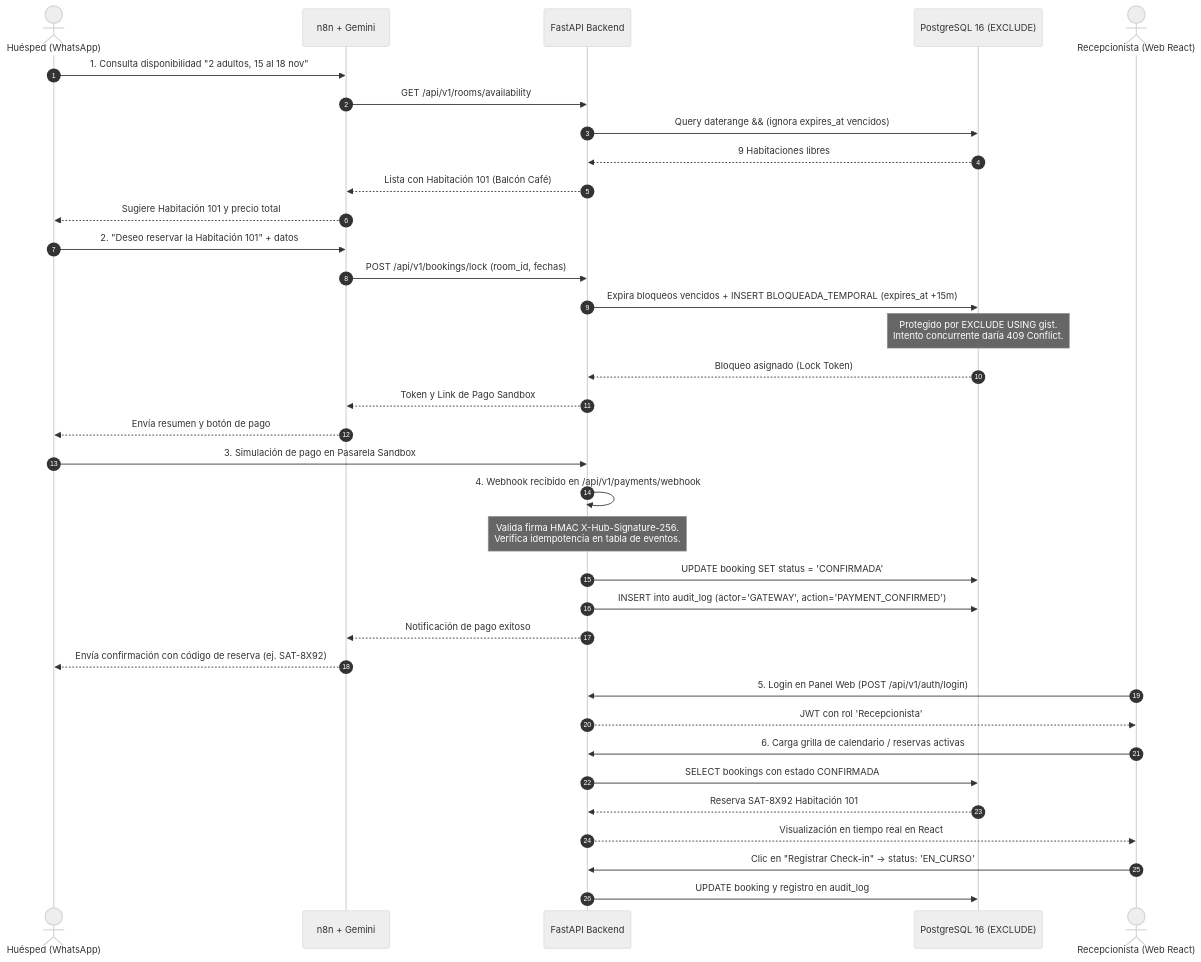
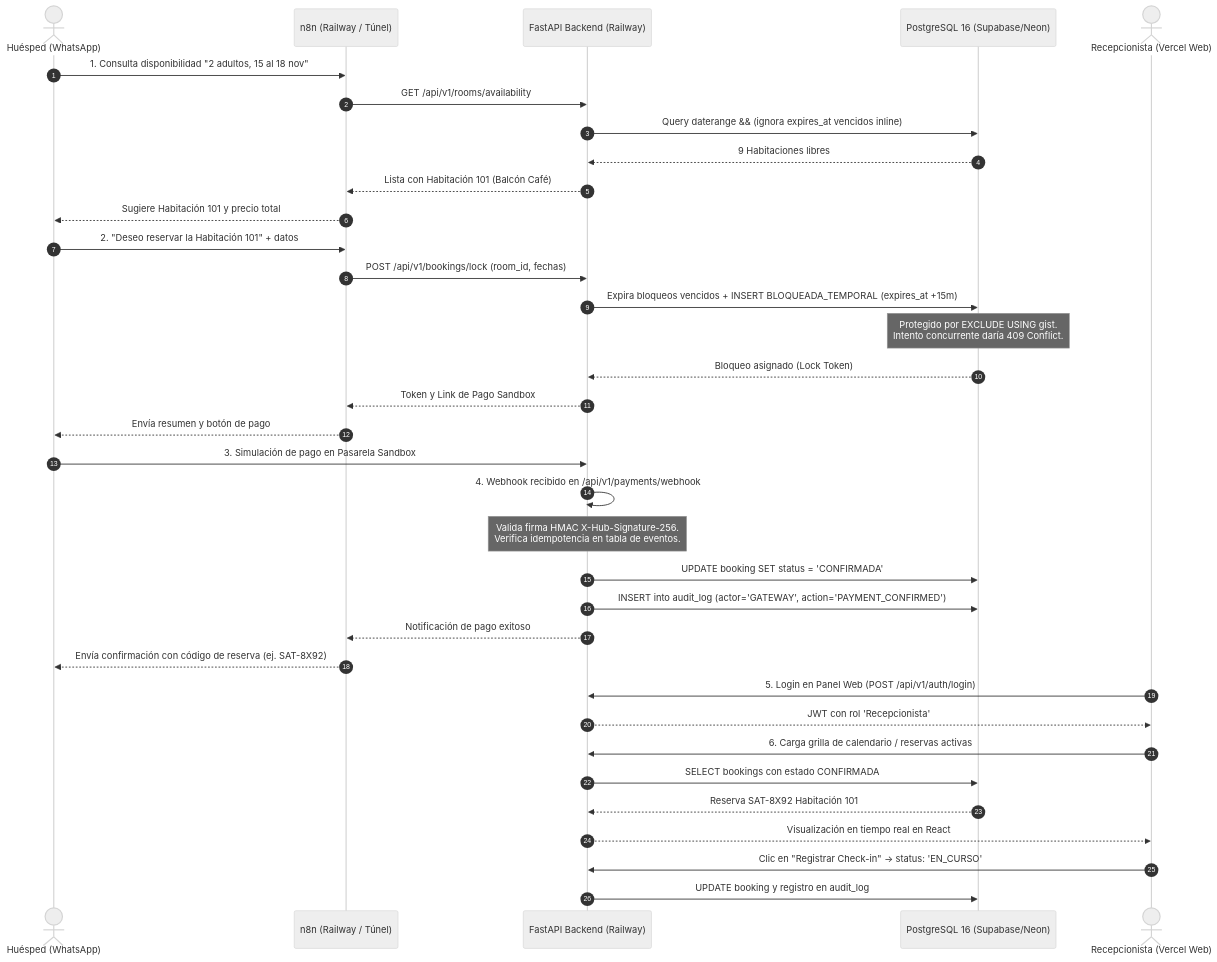
Before and after one commit to JuanJarias/SatoriPMS: the diagram in docs/audit/05-plan-migracion.md, drawn with Mermaid (neutral theme). The commit also changed other lines of this file and 2 other files, not shown here.

````diff
--- a/docs/audit/05-plan-migracion.md
+++ b/docs/audit/05-plan-migracion.md
@@ -150,41 +169,41 @@
 ```mermaid
 sequenceDiagram
     autonumber
     actor H as Huésped (WhatsApp)
-    participant N as n8n + Gemini
-    participant API as FastAPI Backend
-    participant DB as PostgreSQL 16 (EXCLUDE)
-    actor R as Recepcionista (Web React)
+    participant N as n8n (Railway / Túnel)
+    participant API as FastAPI Backend (Railway)
+    participant DB as PostgreSQL 16 (Supabase/Neon)
+    actor R as Recepcionista (Vercel Web)
 
     H->>N: 1. Consulta disponibilidad "2 adultos, 15 al 18 nov"
     N->>API: GET /api/v1/rooms/availability
-    API->>DB: Query daterange && (ignora expires_at vencidos)
+    API->>DB: Query daterange && (ignora expires_at vencidos inline)
     DB-->>API: 9 Habitaciones libres
     API-->>N: Lista con Habitación 101 (Balcón Café)
     N-->>H: Sugiere Habitación 101 y precio total
 
     H->>N: 2. "Deseo reservar la Habitación 101" + datos
     N->>API: POST /api/v1/bookings/lock (room_id, fechas)
     API->>DB: Expira bloqueos vencidos + INSERT BLOQUEADA_TEMPORAL (expires_at +15m)
     Note over DB: Protegido por EXCLUDE USING gist.<br/>Intento concurrente daría 409 Conflict.
     DB-->>API: Bloqueo asignado (Lock Token)
     API-->>N: Token y Link de Pago Sandbox
     N-->>H: Envía resumen y botón de pago
 
     H->>API: 3. Simulación de pago en Pasarela Sandbox
     API->>API: 4. Webhook recibido en /api/v1/payments/webhook
     Note over API: Valida firma HMAC X-Hub-Signature-256.<br/>Verifica idempotencia en tabla de eventos.
     API->>DB: UPDATE booking SET status = 'CONFIRMADA'
     API->>DB: INSERT into audit_log (actor='GATEWAY', action='PAYMENT_CONFIRMED')
     API-->>N: Notificación de pago exitoso
     N-->>H: Envía confirmación con código de reserva (ej. SAT-8X92)
 
     R->>API: 5. Login en Panel Web (POST /api/v1/auth/login)
     API-->>R: JWT con rol 'Recepcionista'
     R->>API: 6. Carga grilla de calendario / reservas activas
     API->>DB: SELECT bookings con estado CONFIRMADA
     DB-->>API: Reserva SAT-8X92 Habitación 101
     API-->>R: Visualización en tiempo real en React
     R->>API: Clic en "Registrar Check-in" -> status: 'EN_CURSO'
     API->>DB: UPDATE booking y registro en audit_log
 ```
````
